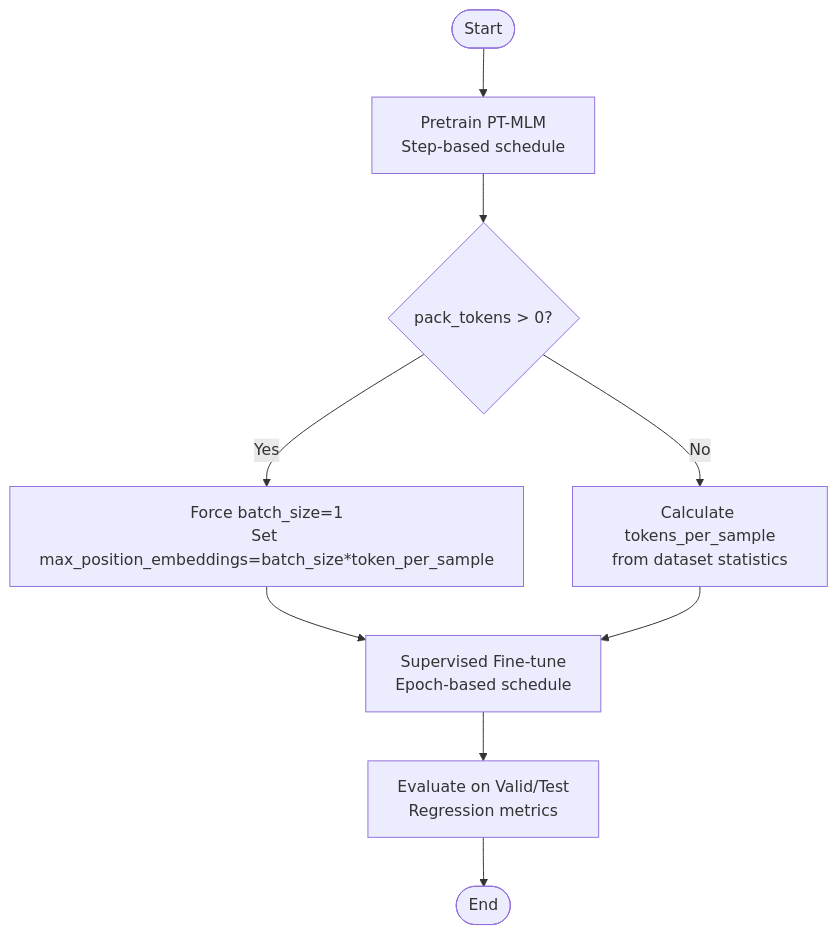
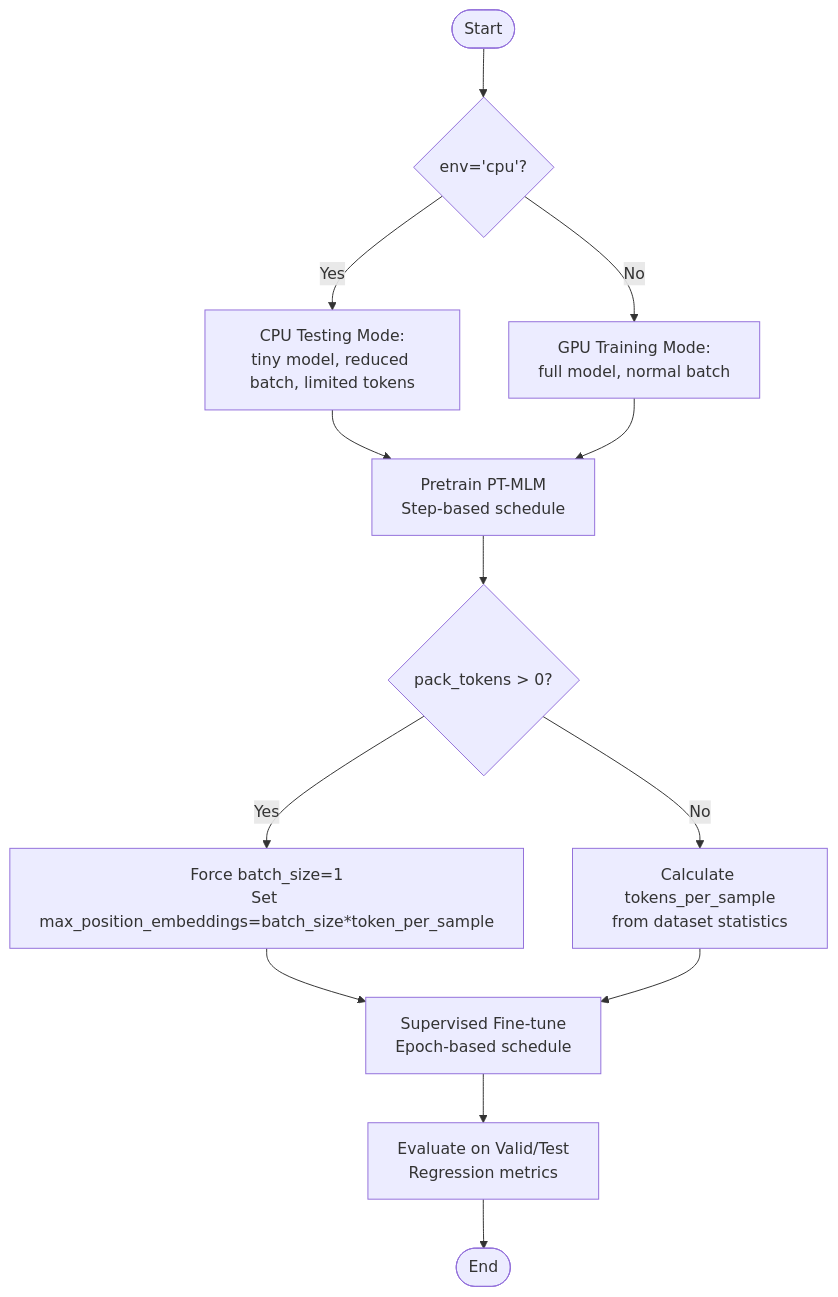
One commit to alibaba/graph-gpt changed the third of 6 diagrams in .qoder/repowiki/en/content/Example Scripts/Graph-Level Examples.md. Above: the diagram before and after it, drawn with Mermaid. The commit also changed other lines of this file and 8 other files, not shown here.

````diff
--- a/.qoder/repowiki/en/content/Example Scripts/Graph-Level Examples.md
+++ b/.qoder/repowiki/en/content/Example Scripts/Graph-Level Examples.md
@@ -198,11 +204,15 @@
 ```mermaid
 flowchart TD
-Start(["Start"]) --> PT["Pretrain PT-MLM<br/>Step-based schedule"]
+Start(["Start"]) --> EnvCheck{"env='cpu'?"}
+EnvCheck --> |Yes| CPUMode["CPU Testing Mode:<br/>tiny model, reduced batch, limited tokens"]
+EnvCheck --> |No| GPUMode["GPU Training Mode:<br/>full model, normal batch"]
+CPUMode --> PT["Pretrain PT-MLM<br/>Step-based schedule"]
+GPUMode --> PT
 PT --> PackCheck{"pack_tokens > 0?"}
 PackCheck --> |Yes| ForceBatch["Force batch_size=1<br/>Set max_position_embeddings=batch_size*token_per_sample"]
 PackCheck --> |No| NormalCalc["Calculate tokens_per_sample<br/>from dataset statistics"]
 ForceBatch --> SV["Supervised Fine-tune<br/>Epoch-based schedule"]
 NormalCalc --> SV
 SV --> Eval["Evaluate on Valid/Test<br/>Regression metrics"]
 Eval --> End(["End"])
 ```
````
